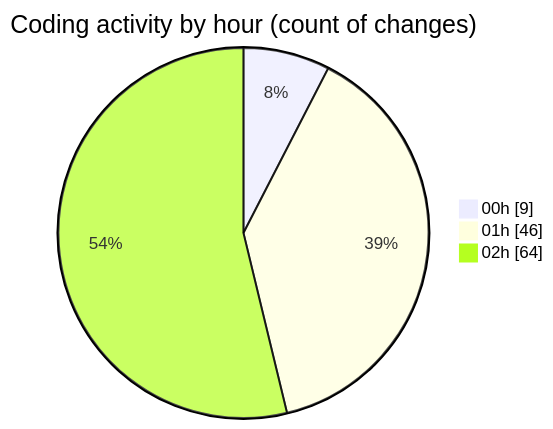
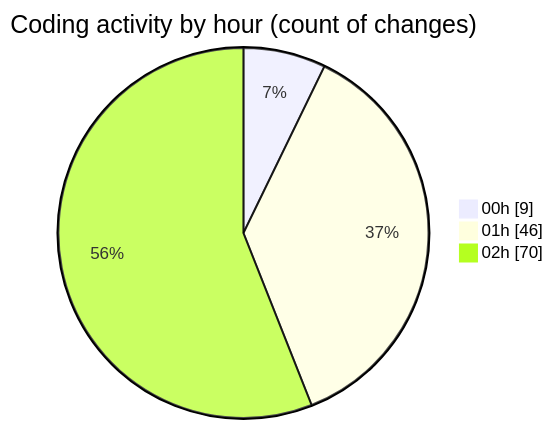
One commit to julien-gomy/code-tracking changed the second of 2 diagrams in 2025-11-18/eventscop-frontend-guide__workspace_/README.md. Above: the diagram before and after it, drawn with Mermaid. The commit also changed other lines of this file and 1 other file, not shown here.

````diff
--- a/2025-11-18/eventscop-frontend-guide__workspace_/README.md
+++ b/2025-11-18/eventscop-frontend-guide__workspace_/README.md
@@ -52,7 +53,7 @@
 ```mermaid
 pie showData
 title Coding activity by hour (count of changes)
 "00h" : 9
 "01h" : 46
-"02h" : 64
+"02h" : 70
 ```
````
